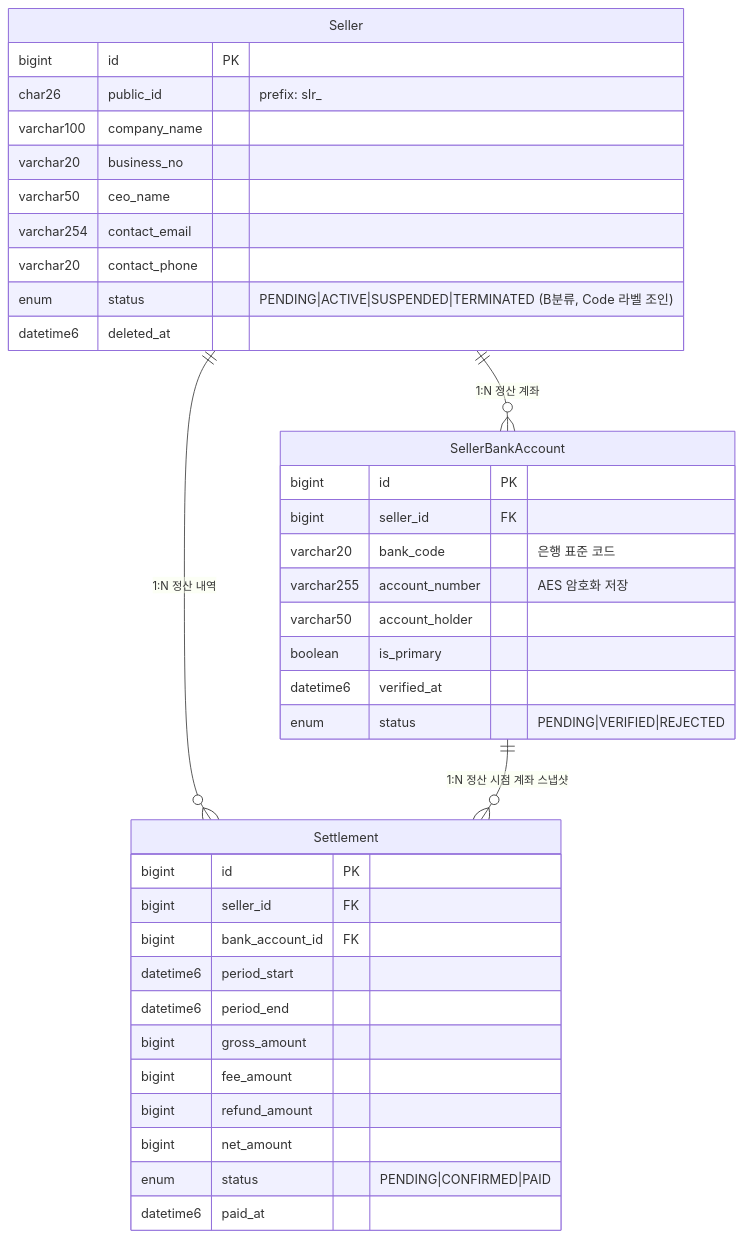
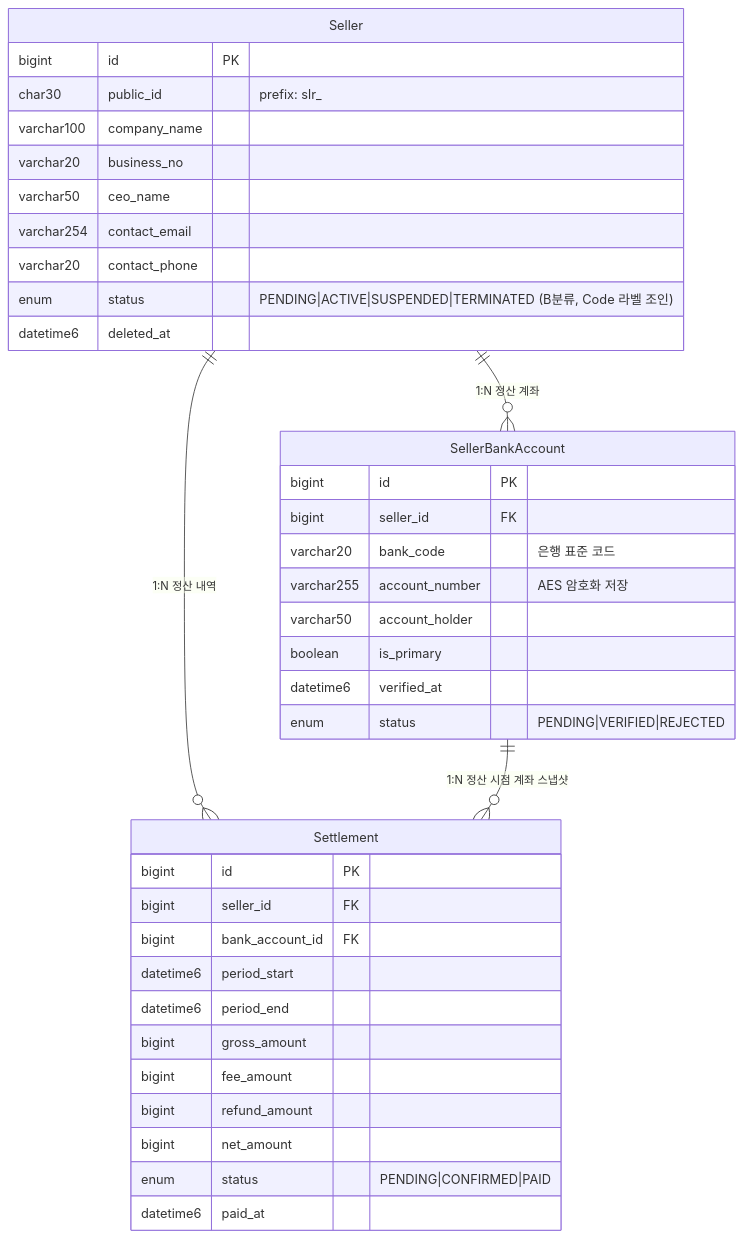
The diagram in docs/design/erd/02-seller-settlement.md (zeus721-zslab/zslab-mall), drawn with Mermaid before and after one commit. The commit also changed 11 other files, not shown here.

First line of the commit message:
fix(pr-04.5): architecture-baseline 정합성 정정 (M-21/M-22/ADR-006)

````diff
--- a/docs/design/erd/02-seller-settlement.md
+++ b/docs/design/erd/02-seller-settlement.md
@@ -9,43 +9,43 @@
 ```mermaid
 erDiagram
     Seller {
         bigint id PK
-        char26 public_id "prefix: slr_"
+        char30 public_id "prefix: slr_"
         varchar100 company_name
         varchar20 business_no
         varchar50 ceo_name
         varchar254 contact_email
         varchar20 contact_phone
         enum status "PENDING|ACTIVE|SUSPENDED|TERMINATED (B분류, Code 라벨 조인)"
         datetime6 deleted_at
     }
 
     SellerBankAccount {
         bigint id PK
         bigint seller_id FK
         varchar20 bank_code "은행 표준 코드"
         varchar255 account_number "AES 암호화 저장"
         varchar50 account_holder
         boolean is_primary
         datetime6 verified_at
         enum status "PENDING|VERIFIED|REJECTED"
     }
 
     Settlement {
         bigint id PK
         bigint seller_id FK
         bigint bank_account_id FK
         datetime6 period_start
         datetime6 period_end
         bigint gross_amount
         bigint fee_amount
         bigint refund_amount
         bigint net_amount
         enum status "PENDING|CONFIRMED|PAID"
         datetime6 paid_at
     }
 
     Seller ||--o{ SellerBankAccount : "1:N 정산 계좌"
     Seller ||--o{ Settlement : "1:N 정산 내역"
     SellerBankAccount ||--o{ Settlement : "1:N 정산 시점 계좌 스냅샷"
 ```
````
